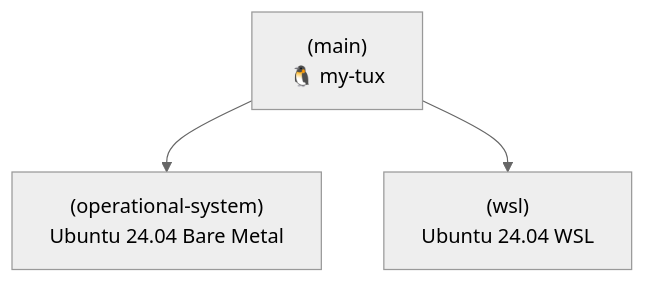
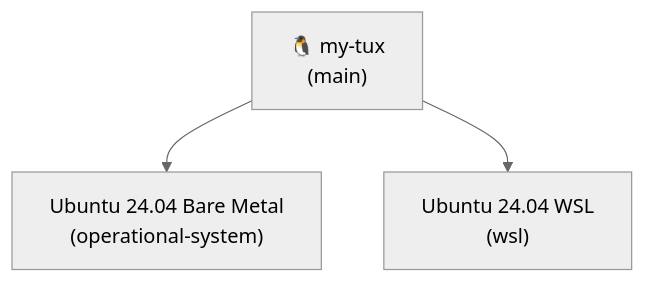
One commit to rickelmedias/my-tux changed the diagram in README.md. Above: the diagram before and after it, drawn with Mermaid (neutral theme).

Commit message:
docs: fix Mermaid line breaks using <br/>

````diff
--- a/README.md
+++ b/README.md
@@ -13,6 +13,6 @@
 ```mermaid
 flowchart TD
-    main["(main)\n🐧 my-tux"]
-    main --> os["(operational-system)\nUbuntu 24.04 Bare Metal"]
-    main --> wsl["(wsl)\nUbuntu 24.04 WSL"]
+    main["🐧 my-tux<br/>(main)"]
+    main --> os["Ubuntu 24.04 Bare Metal<br/>(operational-system)"]
+    main --> wsl["Ubuntu 24.04 WSL<br/>(wsl)"]
 ```
````
